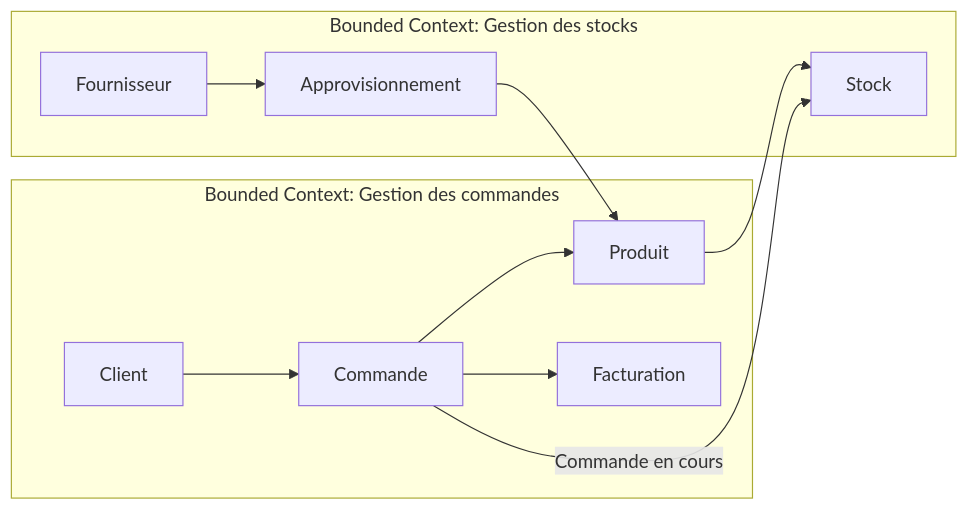
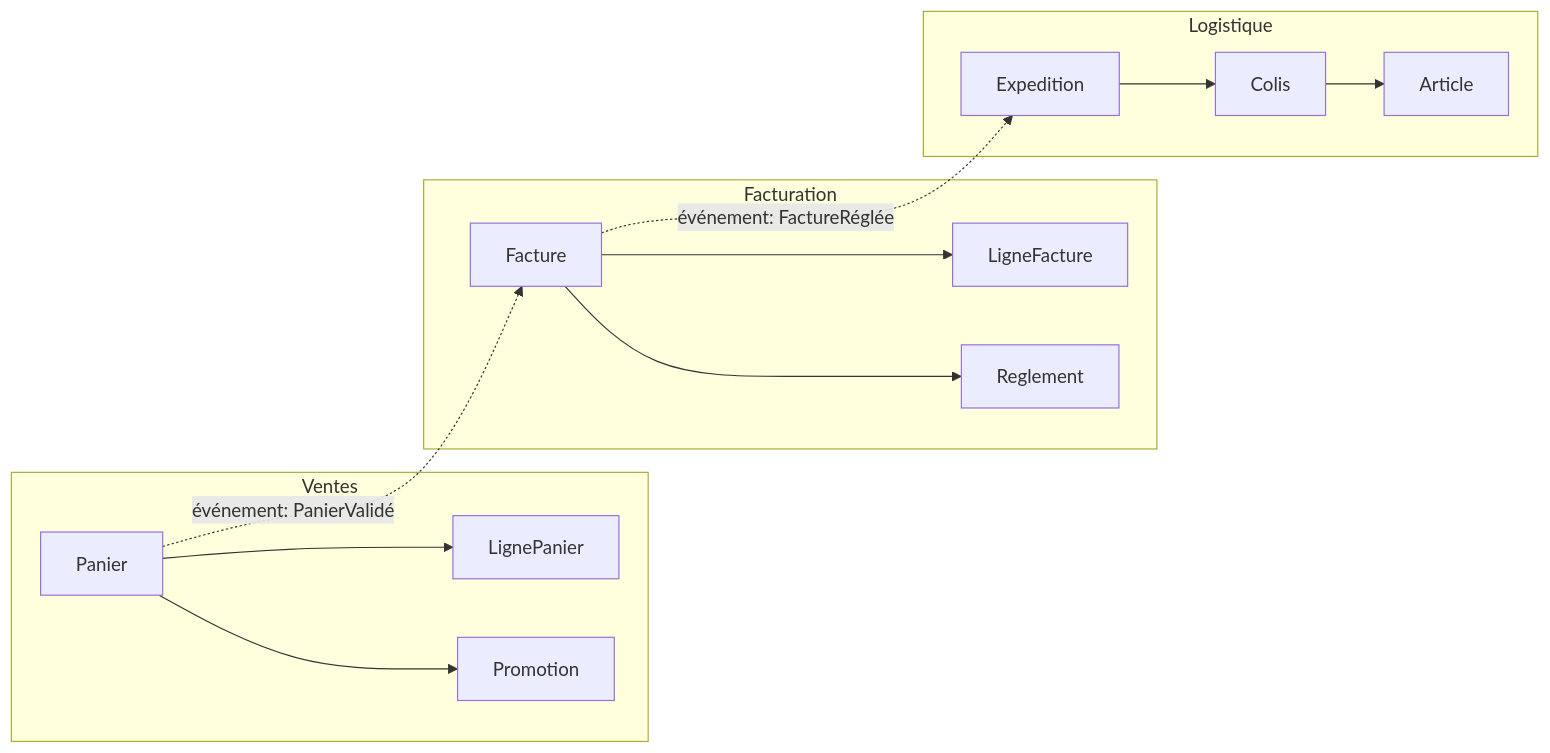
Before and after one commit to Tan-Software/domain-driven-design: the fifth of 11 diagrams in README.md, drawn with Mermaid. The commit also changed other lines of this file, not shown here.

````diff
--- a/README.md
+++ b/README.md
@@ -376,16 +181,17 @@
 ```mermaid
 graph LR
-    subgraph Bounded Context: Gestion des commandes
-        Client --> Commande
-        Commande --> Produit
-        Commande --> Facturation
+    subgraph Ventes
+        Panier --> LignePanier
+        Panier --> Promotion
     end
-
-    subgraph Bounded Context: Gestion des stocks
-        Fournisseur --> Approvisionnement
-        Approvisionnement --> Produit
-        Produit --> Stock
+    subgraph Facturation
+        Facture --> LigneFacture
+        Facture --> Reglement
     end
-
-    Commande -- Commande en cours --> Stock
+    subgraph Logistique
+        Expedition --> Colis
+        Colis --> Article
+    end
+    Panier -. "événement: PanierValidé" .-> Facture
+    Facture -. "événement: FactureRéglée" .-> Expedition
 ```
````
